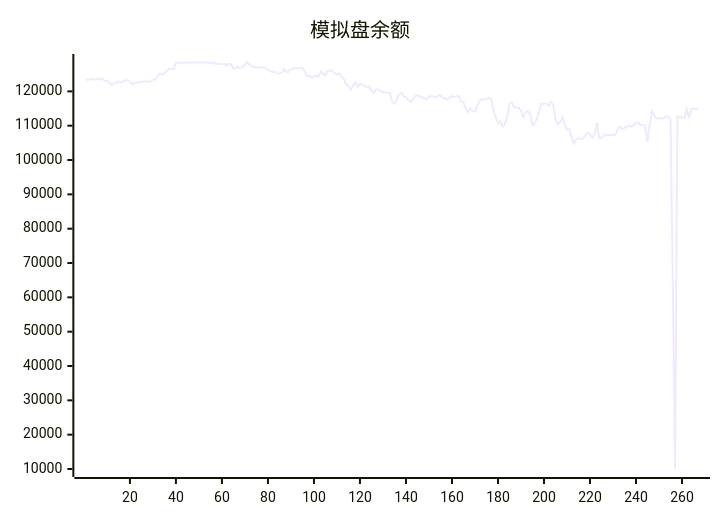
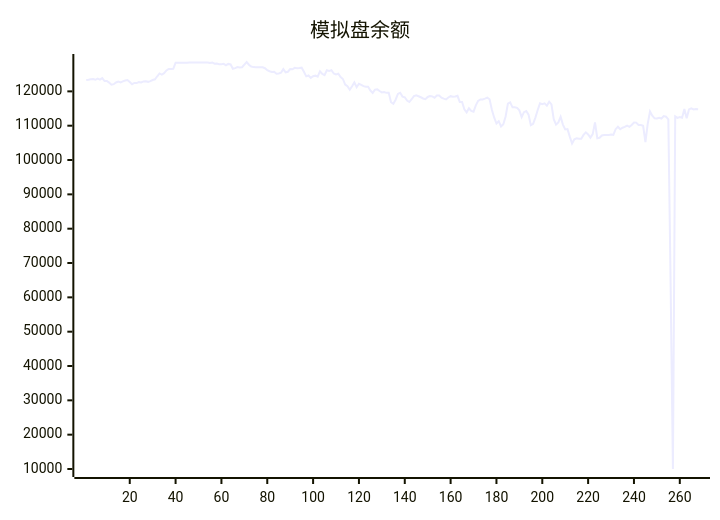
One commit to aahl/ai-trading changed the diagram in README.md. Above: the diagram before and after it, drawn with Mermaid. The commit also changed other lines of this file and 1 other file, not shown here.

````diff
--- a/README.md
+++ b/README.md
@@ -5,5 +5,5 @@
 ```mermaid
 xychart
     title "模拟盘余额"
-    line [123338,123402,123530,123592,123378,123745,123413,123853,123009,123040,122557,121938,122095,122599,122856,122597,122898,123160,123319,122719,122087,122454,122416,122685,122592,122907,122961,122776,122981,123295,123507,124403,125224,124894,125303,126088,126544,126534,126549,128335,128318,128318,128318,128318,128318,128424,128424,128424,128424,128424,128424,128424,128424,128424,128247,128412,128062,128087,127917,127901,128026,127611,128000,127850,126572,126770,127100,126971,127029,127783,128554,127765,127224,127064,127044,127009,127025,127004,126738,126152,125871,125635,125707,125117,125217,125420,126480,125545,125715,126511,126424,126856,126764,126788,126890,125710,124381,124632,123936,124402,124574,124256,125833,125070,124739,126154,125966,126145,125213,124943,125143,124157,123604,121959,121476,120476,121470,122610,121201,122221,121889,121522,121332,121344,120232,119559,120513,120577,120108,119680,119777,119572,119568,116839,116392,117573,119250,119585,118469,118277,117338,116897,117706,118628,118849,118579,118280,117926,117735,118373,118639,118544,118136,118798,118819,118162,117874,117649,118215,118601,118463,118517,118713,116911,116899,114798,113887,115084,114313,114091,115934,117221,117658,117658,117883,118164,117693,114632,112403,110644,111313,109777,110444,112673,116419,116772,115355,115355,115198,114476,112510,113954,114276,113223,110151,110561,112361,114562,116522,116265,116500,115845,117000,116199,111887,110306,110942,112588,110318,108891,109011,106814,104811,106038,106327,106201,106180,107315,108068,107463,106528,107530,110941,106346,106482,107161,107268,107270,107302,107426,107340,108985,109681,108962,109404,109645,110030,109680,110214,110918,110897,110215,110212,109962,105235,110525,114151,112895,112137,112083,112329,112094,112784,112613,111829,63445,10000,112734,112268,112496,112313,114832,112156,114730,115058,114728,114866]
+    line [123338,123402,123530,123592,123378,123745,123413,123853,123009,123040,122557,121938,122095,122599,122856,122597,122898,123160,123319,122719,122087,122454,122416,122685,122592,122907,122961,122776,122981,123295,123507,124403,125224,124894,125303,126088,126544,126534,126549,128335,128318,128318,128318,128318,128318,128424,128424,128424,128424,128424,128424,128424,128424,128424,128247,128412,128062,128087,127917,127901,128026,127611,128000,127850,126572,126770,127100,126971,127029,127783,128554,127765,127224,127064,127044,127009,127025,127004,126738,126152,125871,125635,125707,125117,125217,125420,126480,125545,125715,126511,126424,126856,126764,126788,126890,125710,124381,124632,123936,124402,124574,124256,125833,125070,124739,126154,125966,126145,125213,124943,125143,124157,123604,121959,121476,120476,121470,122610,121201,122221,121889,121522,121332,121344,120232,119559,120513,120577,120108,119680,119777,119572,119568,116839,116392,117573,119250,119585,118469,118277,117338,116897,117706,118628,118849,118579,118280,117926,117735,118373,118639,118544,118136,118798,118819,118162,117874,117649,118215,118601,118463,118517,118713,116911,116899,114798,113887,115084,114313,114091,115934,117221,117658,117658,117883,118164,117693,114632,112403,110644,111313,109777,110444,112673,116419,116772,115355,115355,115198,114476,112510,113954,114276,113223,110151,110561,112361,114562,116522,116265,116500,115845,117000,116199,111887,110306,110942,112588,110318,108891,109011,106814,104811,106038,106327,106201,106180,107315,108068,107463,106528,107530,110941,106346,106482,107161,107268,107270,107302,107426,107340,108985,109681,108962,109404,109645,110030,109680,110214,110918,110897,110215,110212,109962,105235,110525,114151,112895,112137,112083,112329,112094,112784,112613,111829,63445,10000,112734,112268,112496,112313,114832,112156,114730,115058,114728,114866,114804]
 ```
````
